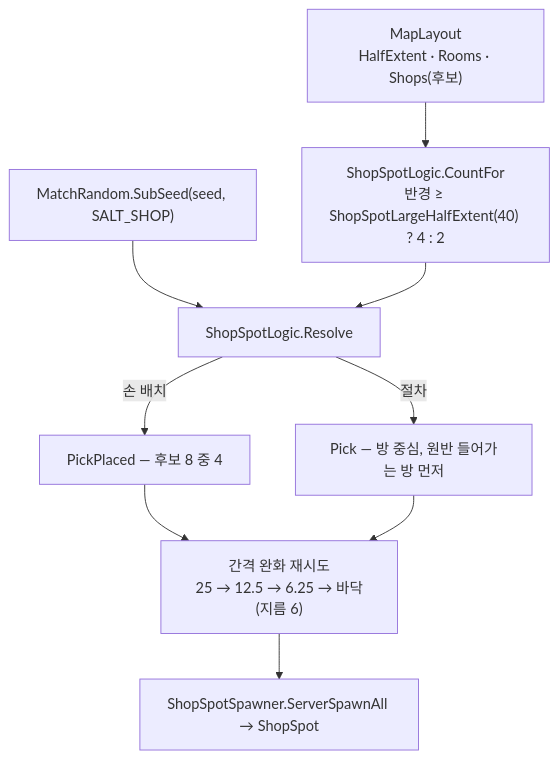
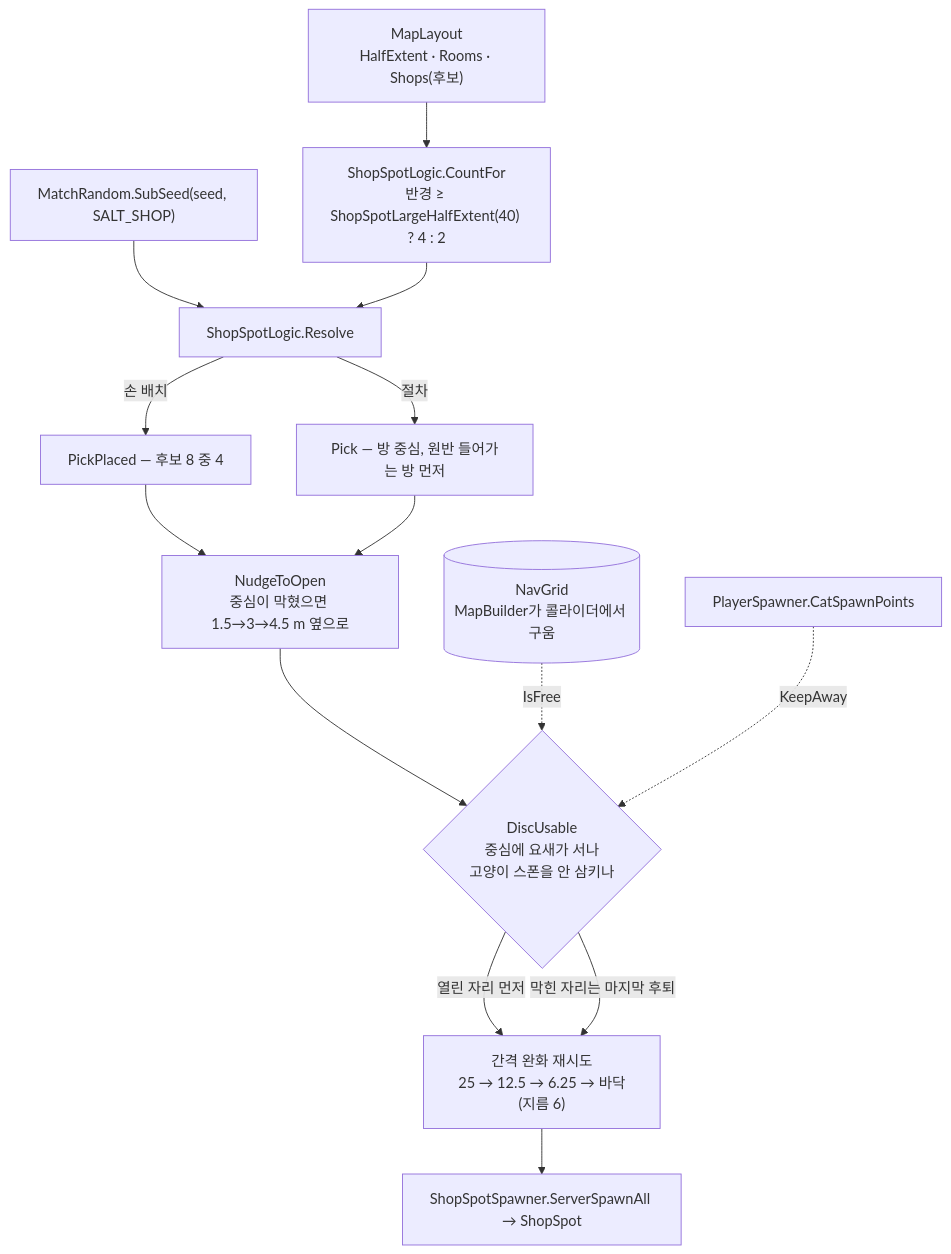
Diagram 24 of 43 in CTC/docs/design-vault/코드 다이어그램.md (JeahanPark/The-Cheese-Thief-and-the-Cat), drawn with Mermaid before and after one commit. The commit also changed other lines of this file and 10 other files, not shown here.

````diff
--- a/CTC/docs/design-vault/코드 다이어그램.md
+++ b/CTC/docs/design-vault/코드 다이어그램.md
@@ -876,11 +876,16 @@
 ```mermaid
 flowchart TD
     L["MapLayout<br/>HalfExtent · Rooms · Shops(후보)"] --> N["ShopSpotLogic.CountFor<br/>반경 ≥ ShopSpotLargeHalfExtent(40) ? 4 : 2"]
     M["MatchRandom.SubSeed(seed, SALT_SHOP)"] --> P
     N --> P["ShopSpotLogic.Resolve"]
     P -->|손 배치| H["PickPlaced — 후보 8 중 4"]
     P -->|절차| R["Pick — 방 중심, 원반 들어가는 방 먼저"]
-    H --> G["간격 완화 재시도<br/>25 → 12.5 → 6.25 → 바닥(지름 6)"]
-    R --> G
+    H --> Nu
+    R --> Nu["NudgeToOpen<br/>중심이 막혔으면 1.5→3→4.5 m 옆으로"]
+    Nu --> D{"DiscUsable<br/>중심에 요새가 서나<br/>고양이 스폰을 안 삼키나"}
+    D -->|열린 자리 먼저| G["간격 완화 재시도<br/>25 → 12.5 → 6.25 → 바닥(지름 6)"]
+    D -->|막힌 자리는 마지막 후퇴| G
     G --> S["ShopSpotSpawner.ServerSpawnAll → ShopSpot"]
+    NG[("NavGrid<br/>MapBuilder가 콜라이더에서 구움")] -. IsFree .-> D
+    CS["PlayerSpawner.CatSpawnPoints"] -. KeepAway .-> D
 ```
````
